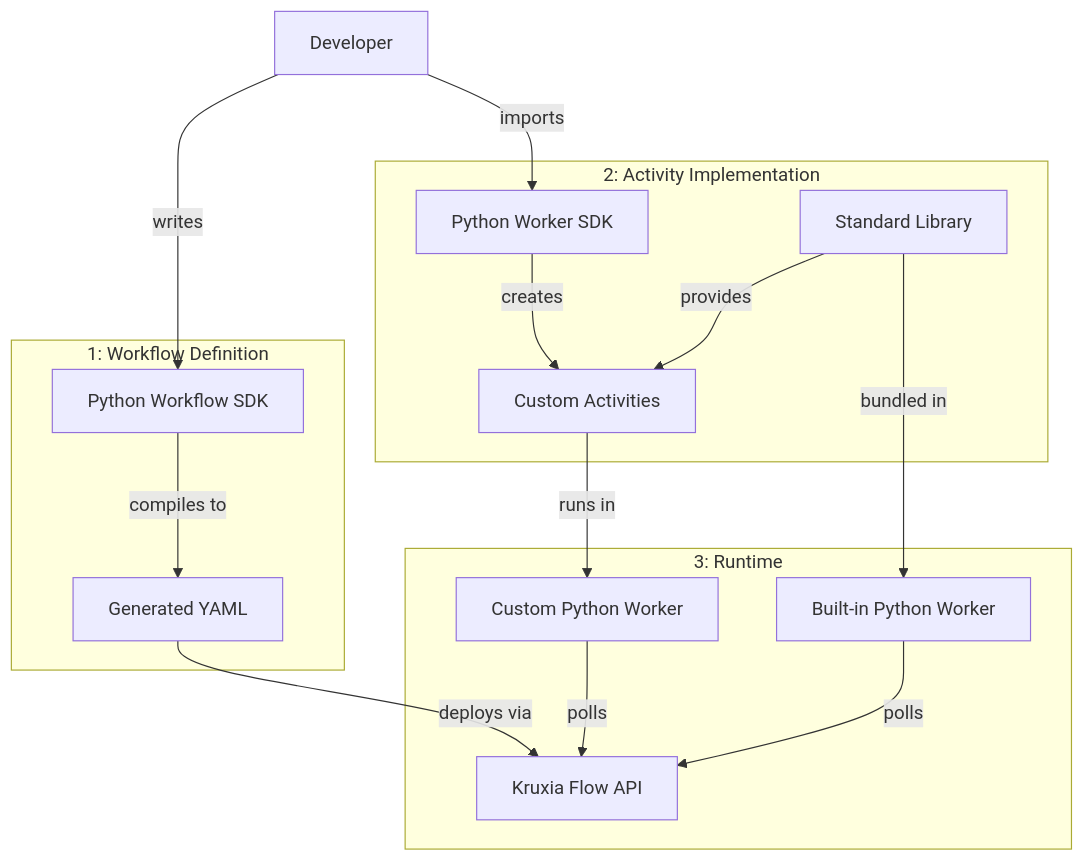
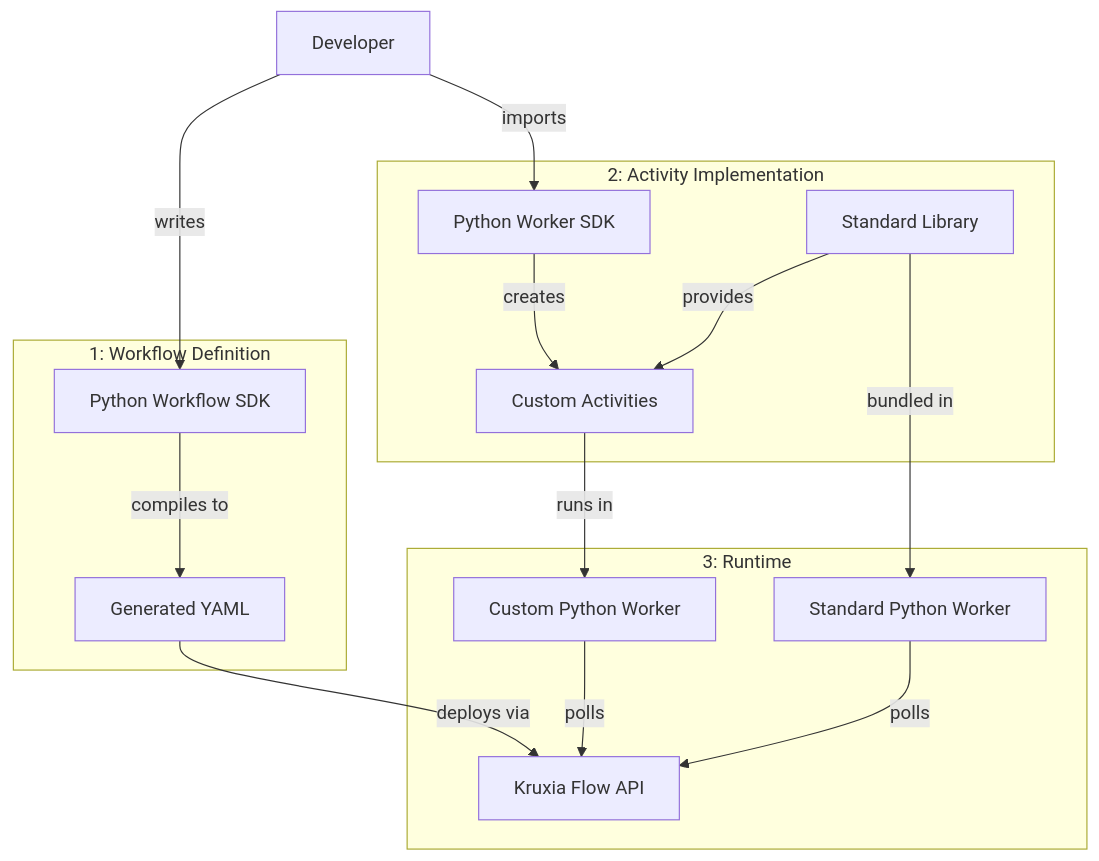
One commit to kruxia/kruxiaflow changed the diagram in docs/implementation/python-sdk-implementation-plan.md. Above: the diagram before and after it, drawn with Mermaid. The commit also changed other lines of this file, not shown here.

Commit message:
review python-sdk-implementation-plan.md

````diff
--- a/docs/implementation/python-sdk-implementation-plan.md
+++ b/docs/implementation/python-sdk-implementation-plan.md
@@ -61,35 +61,35 @@
 ```mermaid
 flowchart TB
     User[Developer]
 
     subgraph "1: Workflow Definition"
         PyDef[Python Workflow SDK]
         YAML[Generated YAML]
     end
 
     subgraph "2: Activity Implementation"
         WorkerSDK[Python Worker SDK]
         CustomAct[Custom Activities]
         StdLib[Standard Library]
     end
 
     subgraph "3: Runtime"
-        BuiltinWorker[Built-in Python Worker]
+        StdWorker[Standard Python Worker]
         CustomWorker[Custom Python Worker]
         API[Kruxia Flow API]
     end
 
     User -->|writes| PyDef
     PyDef -->|compiles to| YAML
     YAML -->|deploys via| API
 
     User -->|imports| WorkerSDK
     WorkerSDK -->|creates| CustomAct
     StdLib -->|provides| CustomAct
 
     CustomAct -->|runs in| CustomWorker
-    StdLib -->|bundled in| BuiltinWorker
+    StdLib -->|bundled in| StdWorker
 
     CustomWorker -->|polls| API
-    BuiltinWorker -->|polls| API
+    StdWorker -->|polls| API
 ```
````
